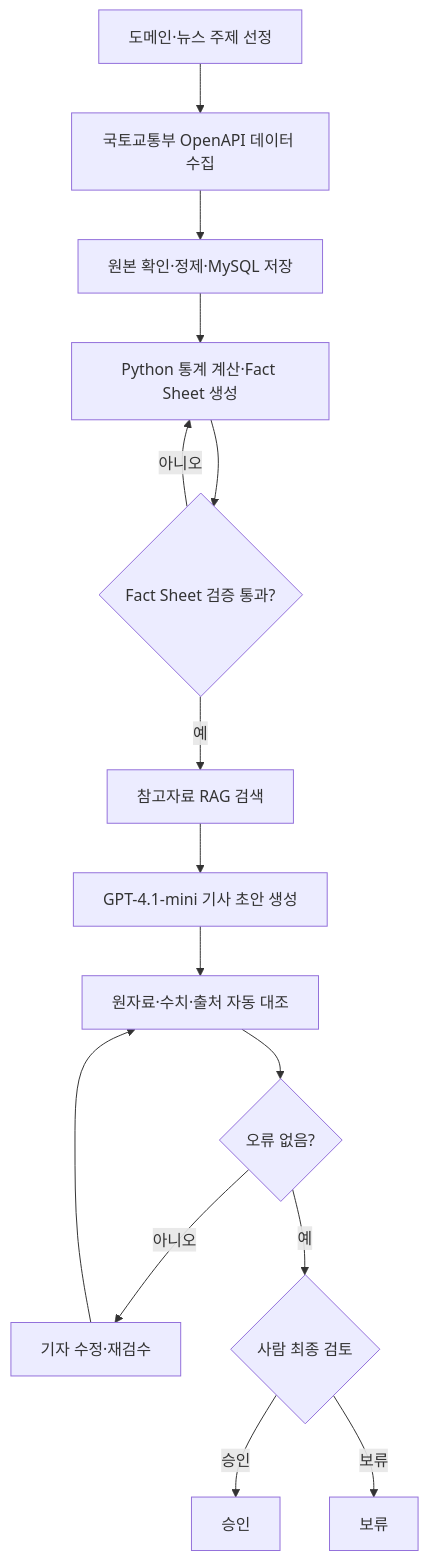
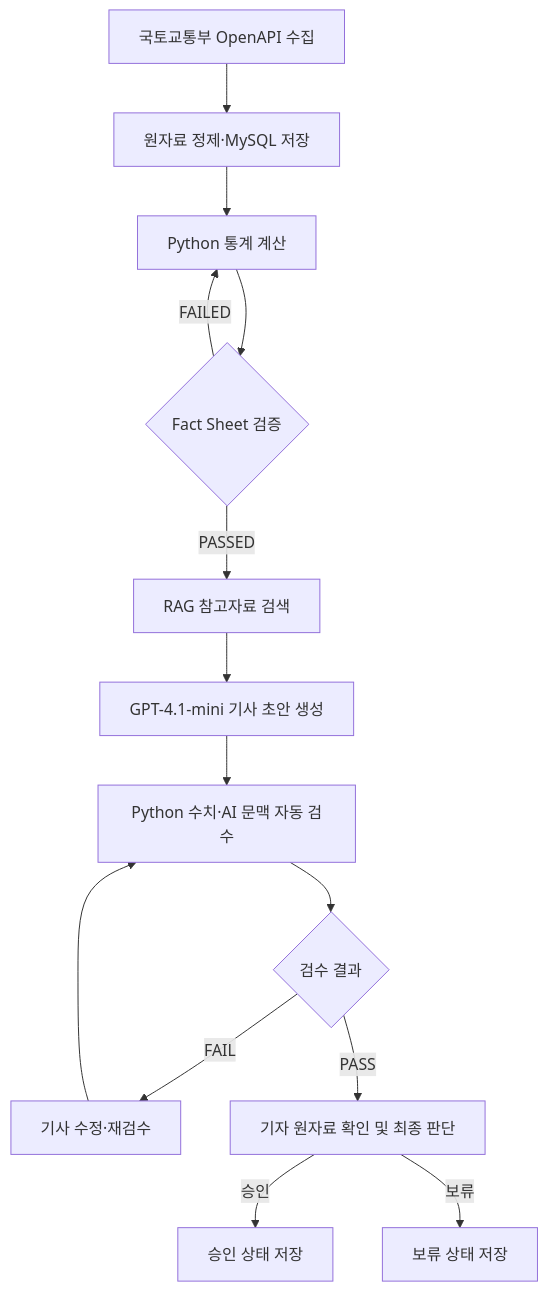
One commit to csy04x2/rentwatch-news changed the first of 2 diagrams in README.md. Above: the diagram before and after it, drawn with Mermaid. The commit also changed other lines of this file, not shown here.

````diff
--- a/README.md
+++ b/README.md
@@ -34,17 +45,16 @@
 ```mermaid
 flowchart TD
-    A[도메인·뉴스 주제 선정] --> B[국토교통부 OpenAPI 데이터 수집]
-    B --> C[원본 확인·정제·MySQL 저장]
-    C --> D[Python 통계 계산·Fact Sheet 생성]
-    D --> E{Fact Sheet 검증 통과?}
-    E -->|아니오| D
-    E -->|예| F[참고자료 RAG 검색]
-    F --> G[GPT-4.1-mini 기사 초안 생성]
-    G --> H[원자료·수치·출처 자동 대조]
-    H --> I{오류 없음?}
-    I -->|아니오| J[기자 수정·재검수]
-    J --> H
-    I -->|예| K{사람 최종 검토}
-    K -->|승인| L[승인]
-    K -->|보류| M[보류]
+    A[국토교통부 OpenAPI 수집] --> B[원자료 정제·MySQL 저장]
+    B --> C[Python 통계 계산]
+    C --> D{Fact Sheet 검증}
+    D -->|FAILED| C
+    D -->|PASSED| E[RAG 참고자료 검색]
+    E --> F[GPT-4.1-mini 기사 초안 생성]
+    F --> G[Python 수치·AI 문맥 자동 검수]
+    G --> H{검수 결과}
+    H -->|FAIL| I[기사 수정·재검수]
+    I --> G
+    H -->|PASS| J[기자 원자료 확인 및 최종 판단]
+    J -->|승인| K[승인 상태 저장]
+    J -->|보류| L[보류 상태 저장]
 ```
````
